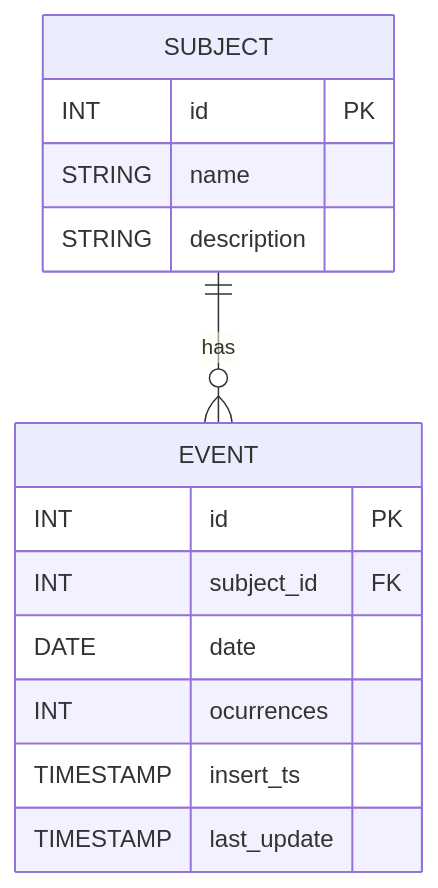
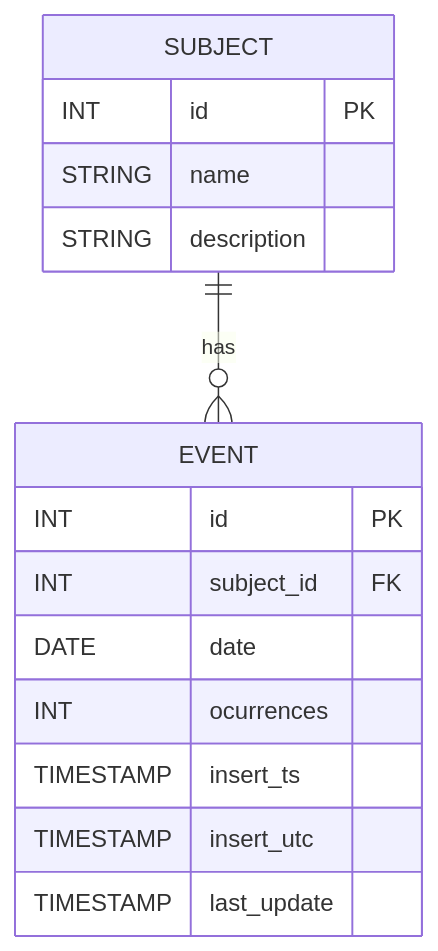
One commit to VitorMakiyama/go-event-analyser changed the diagram in README.md. Above: the diagram before and after it, drawn with Mermaid. The commit also changed other lines of this file and 5 other files, not shown here.

````diff
--- a/README.md
+++ b/README.md
@@ -36,19 +36,20 @@
 ```mermaid
 erDiagram
     SUBJECT ||--o{ EVENT : has
 
     SUBJECT {
         INT id PK
         STRING name
         STRING description
     }
 
     EVENT {
         INT id PK
         INT subject_id FK
         DATE date
         INT ocurrences
         TIMESTAMP insert_ts
+        TIMESTAMP insert_utc
         TIMESTAMP last_update
     }
 ```
````
